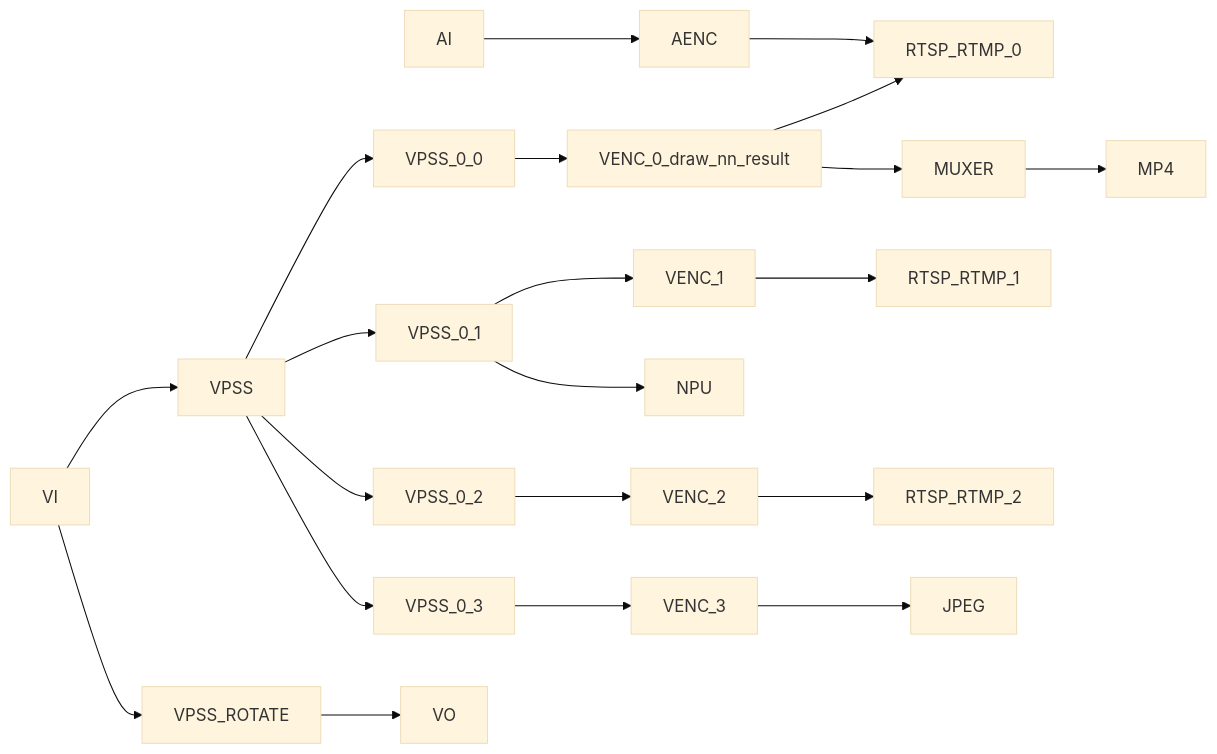
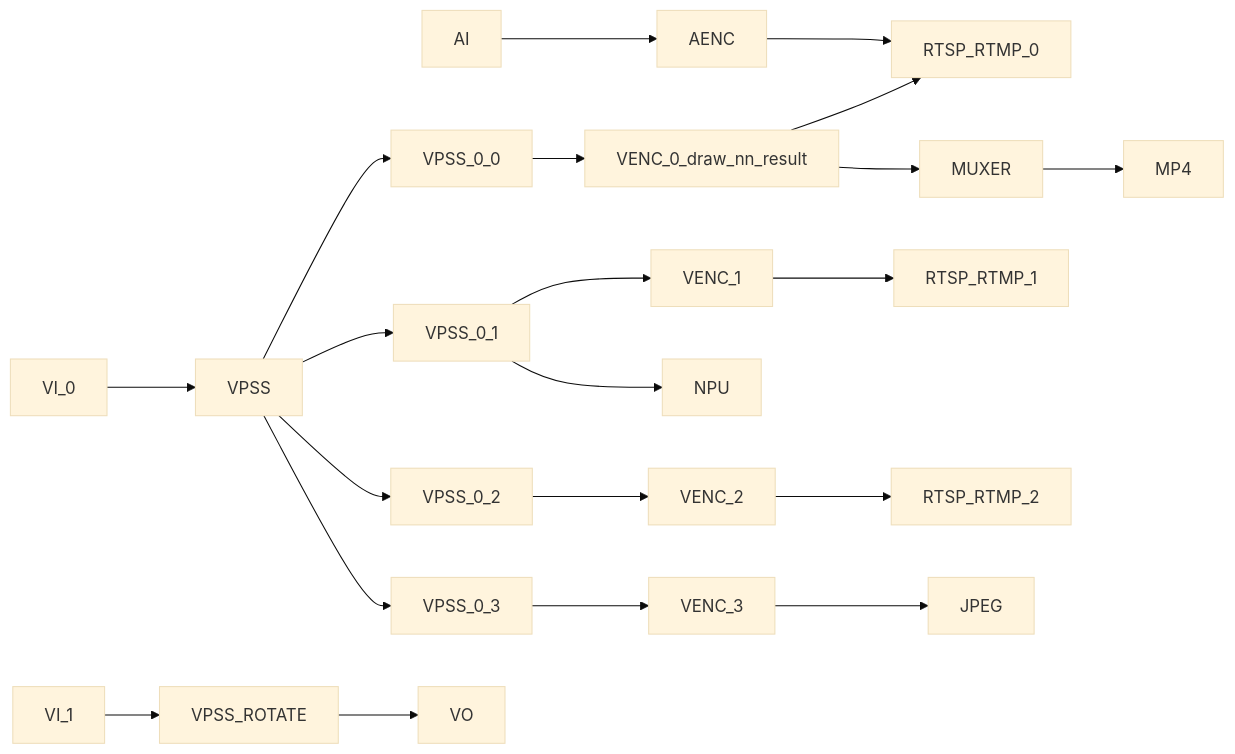
One commit to khadas/app_rkipc changed diagram 15 of 16 in docs/Rockchip_Developer_Guide_Linux_RKIPC_CN.md. Above: the diagram before and after it, drawn with Mermaid (base theme). The commit also changed other lines of this file and 15 other files, not shown here.

````diff
--- a/docs/Rockchip_Developer_Guide_Linux_RKIPC_CN.md
+++ b/docs/Rockchip_Developer_Guide_Linux_RKIPC_CN.md
@@ -330,11 +330,11 @@
 ```mermaid
 graph LR
 	AI-->AENC-->RTSP_RTMP_0
-	VI-->VPSS-->VPSS_0_0-->VENC_0_draw_nn_result-->MUXER-->MP4
+	VI_0-->VPSS-->VPSS_0_0-->VENC_0_draw_nn_result-->MUXER-->MP4
 	VENC_0_draw_nn_result-->RTSP_RTMP_0
 	VPSS-->VPSS_0_1-->VENC_1-->RTSP_RTMP_1
 	VPSS_0_1-->NPU
 	VPSS-->VPSS_0_2-->VENC_2-->RTSP_RTMP_2
 	VPSS-->VPSS_0_3-->VENC_3-->JPEG
-	VI-->VPSS_ROTATE-->VO
+	VI_1-->VPSS_ROTATE-->VO
 ```
````
